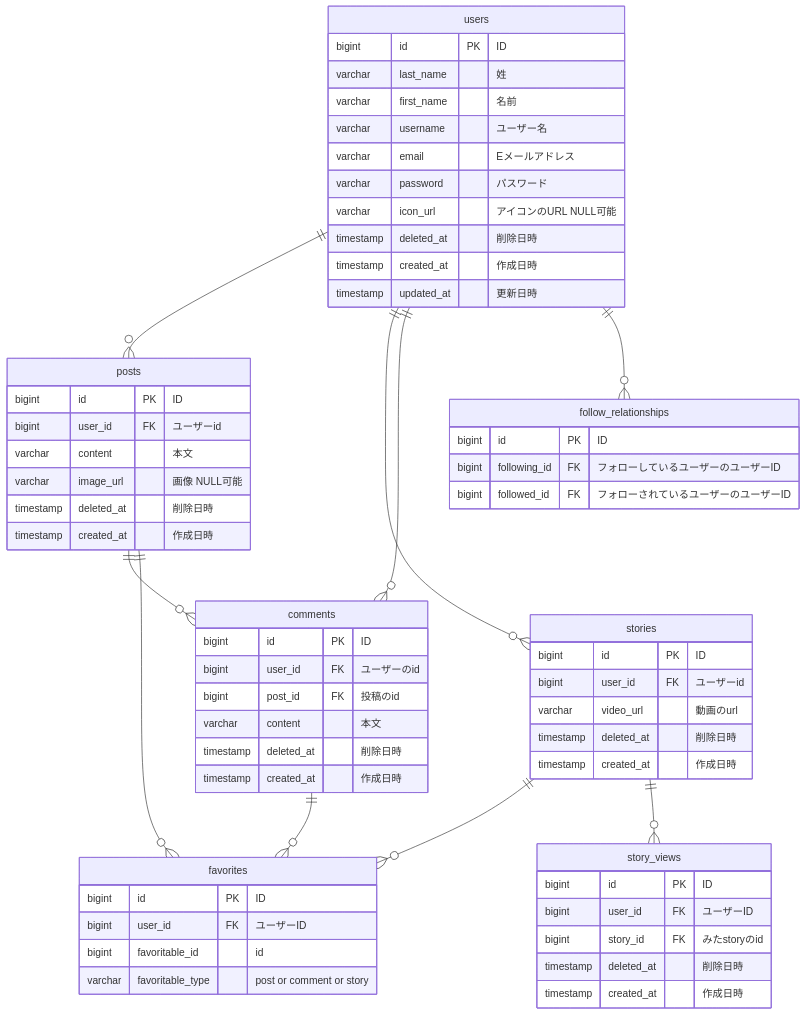
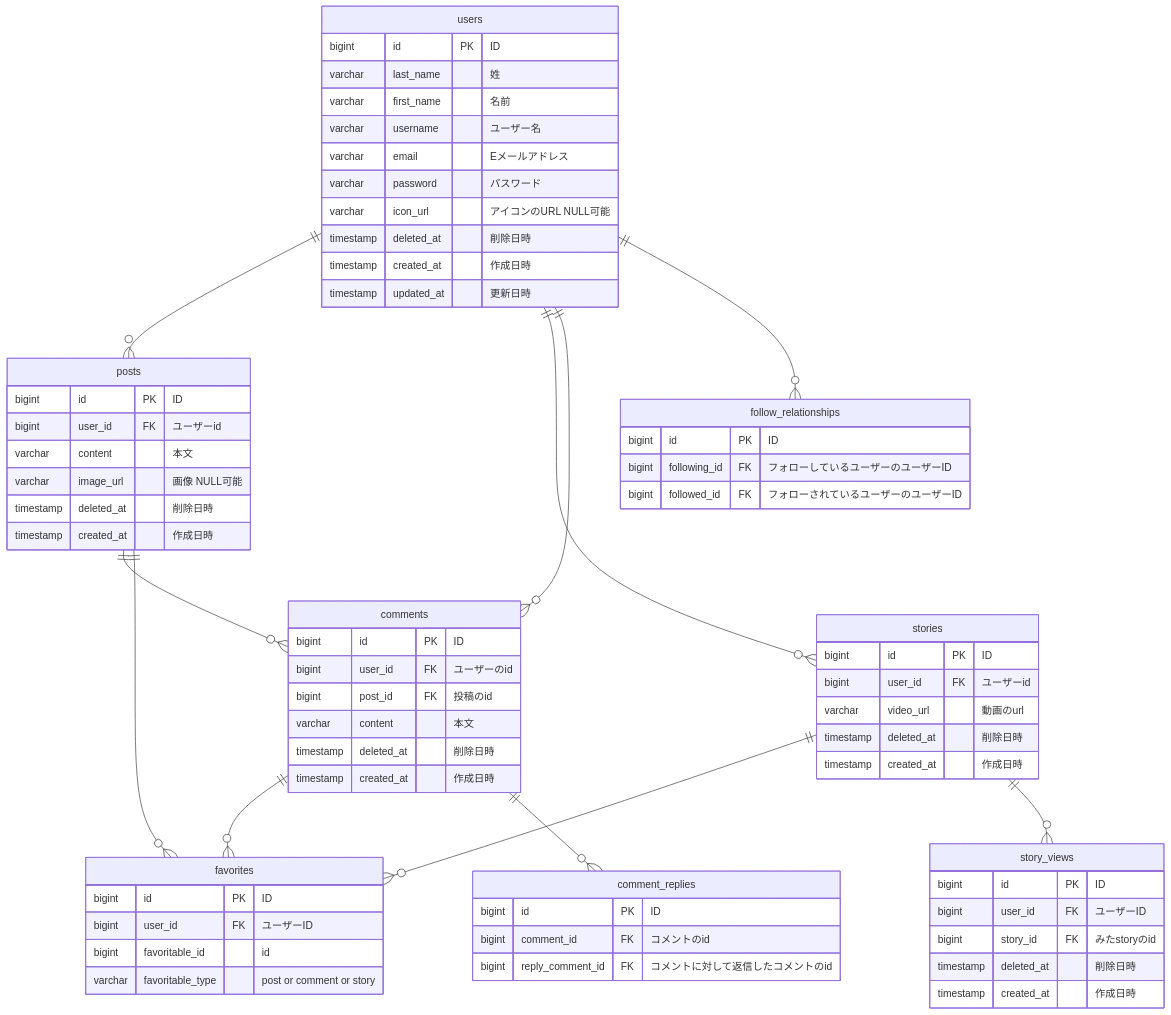
The diagram in kinoshita/pracitce-erd/ER図.md (StoryEdutech/study_repo), drawn with Mermaid before and after one commit.

Commit message:
コメントに返信したコメント comment_replies

```diff
--- a/kinoshita/pracitce-erd/ER図.md
+++ b/kinoshita/pracitce-erd/ER図.md
@@ -10,6 +10,8 @@
     posts ||--o{ favorites : ""
     stories ||--o{ favorites : ""
     comments ||--o{ favorites : ""
+
+    comments ||--o{ comment_replies : ""
 
     stories ||--o{ story_views : ""
 
@@ -50,6 +52,12 @@
       timestamp created_at "作成日時"
     }
 
+    comment_replies {
+      bigint id PK "ID"
+      bigint comment_id FK "コメントのid"
+      bigint reply_comment_id FK "コメントに対して返信したコメントのid"
+    }
+
     stories {
       bigint id PK "ID"
       bigint user_id FK "ユーザーid"
```
